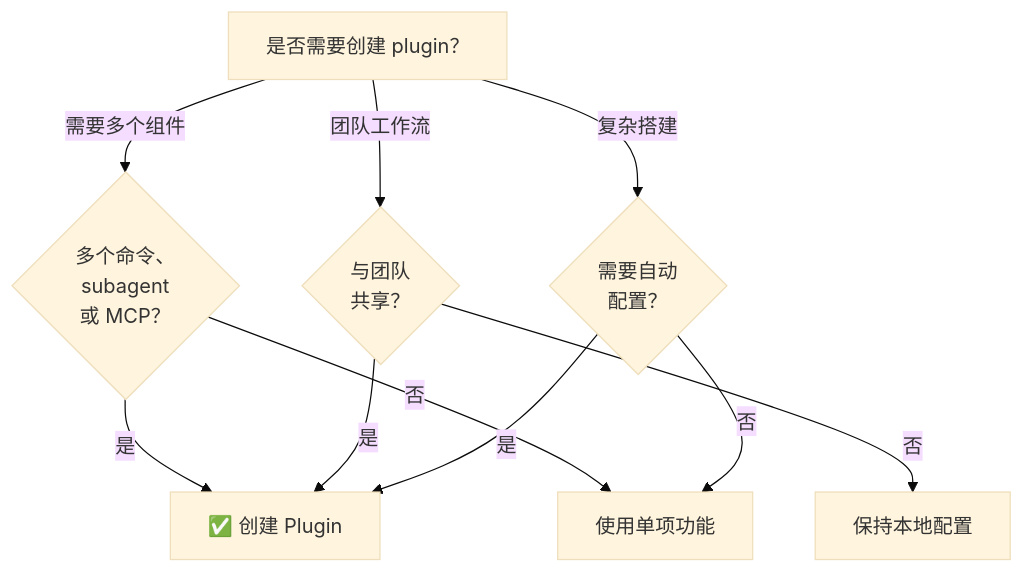
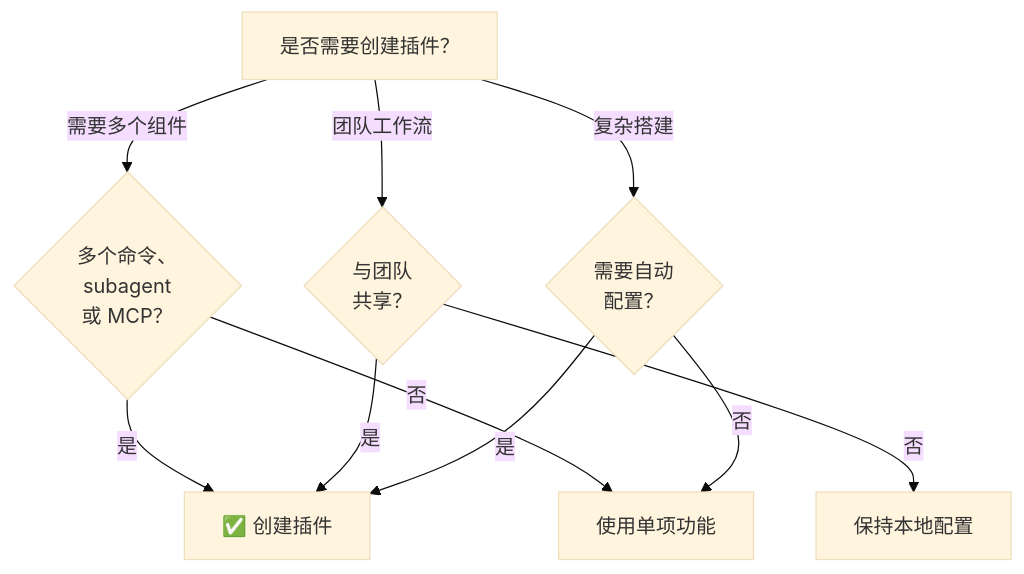
Before and after one commit to wgqi1126/claude-howto-zh-cn: the fifth of 5 diagrams in 07-plugins/README.md, drawn with Mermaid (base theme). The commit also changed other lines of this file and 58 other files, not shown here.

````diff
--- a/07-plugins/README.md
+++ b/07-plugins/README.md
@@ -676,13 +676,13 @@
 ```mermaid
 graph TD
-    A["是否需要创建 plugin？"]
+    A["是否需要创建插件？"]
     A -->|需要多个组件| B{"多个命令、<br/>subagent<br/>或 MCP？"}
-    B -->|是| C["✅ 创建 Plugin"]
+    B -->|是| C["✅ 创建插件"]
     B -->|否| D["使用单项功能"]
     A -->|团队工作流| E{"与团队<br/>共享？"}
     E -->|是| C
     E -->|否| F["保持本地配置"]
     A -->|复杂搭建| G{"需要自动<br/>配置？"}
     G -->|是| C
     G -->|否| D
 ```
````
